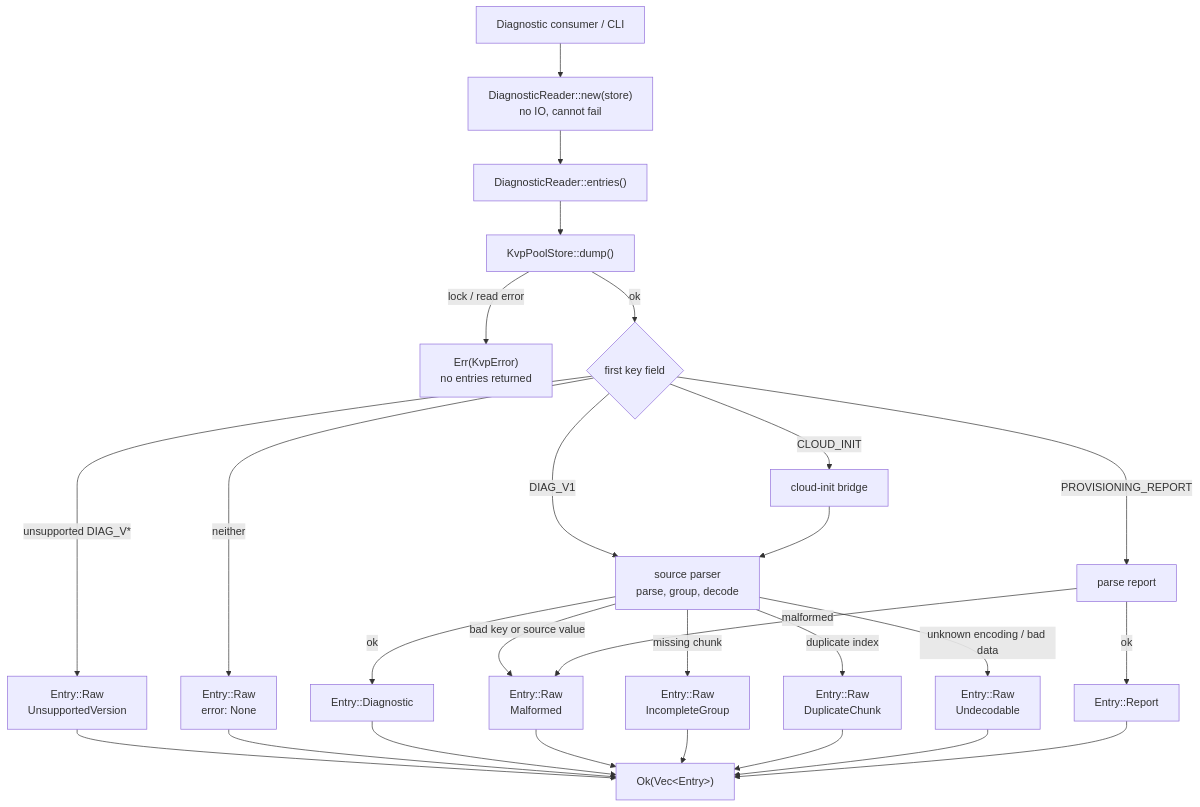
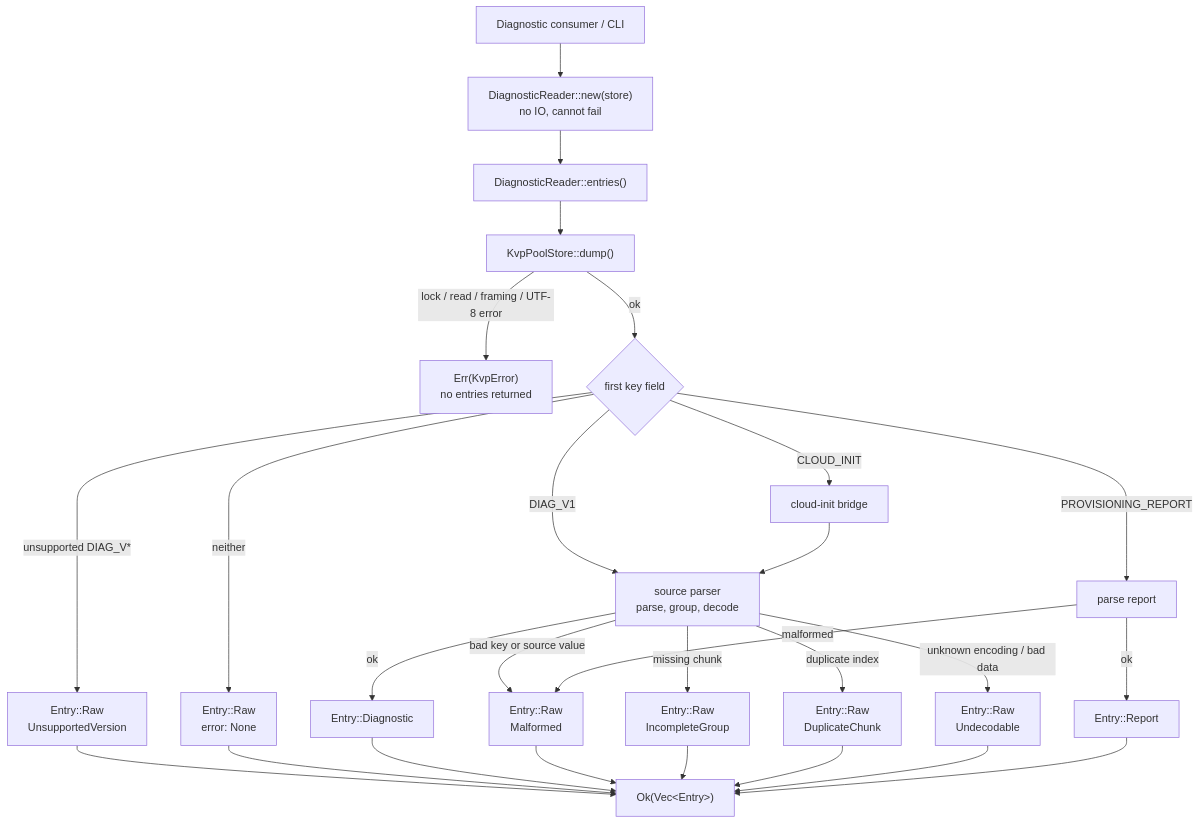
Before and after one commit to peytonr18/azure-init: the second of 2 diagrams in libazureinit-kvp/diagnostics-proposal.md, drawn with Mermaid. The commit also changed other lines of this file and 17 other files, not shown here.

````diff
--- a/libazureinit-kvp/diagnostics-proposal.md
+++ b/libazureinit-kvp/diagnostics-proposal.md
@@ -270,29 +278,29 @@
 ```mermaid
 flowchart TD
   client["Diagnostic consumer / CLI"] --> new["DiagnosticReader::new(store)<br/>no IO, cannot fail"]
   new --> entries["DiagnosticReader::entries()"]
   entries --> dump["KvpPoolStore::dump()"]
-  dump -->|"lock / read error"| readerr["Err(KvpError)<br/>no entries returned"]
+  dump -->|"lock / read / framing / UTF-8 error"| readerr["Err(KvpError)<br/>no entries returned"]
   dump -->|"ok"| cls{"first key field"}
   cls -->|"DIAG_V1"| dec["source parser<br/>parse, group, decode"]
   cls -->|"unsupported DIAG_V*"| rawver["Entry::Raw<br/>UnsupportedVersion"]
   cls -->|"CLOUD_INIT"| bridge["cloud-init bridge"]
   bridge --> dec
   cls -->|"PROVISIONING_REPORT"| rep["parse report"]
   cls -->|"neither"| raw["Entry::Raw<br/>error: None"]
   dec -->|"ok"| diag["Entry::Diagnostic"]
   dec -->|"bad key or source value"| malformed["Entry::Raw<br/>Malformed"]
   dec -->|"missing chunk"| incomplete["Entry::Raw<br/>IncompleteGroup"]
   dec -->|"duplicate index"| duplicate["Entry::Raw<br/>DuplicateChunk"]
   dec -->|"unknown encoding / bad data"| undecodable["Entry::Raw<br/>Undecodable"]
   rep -->|"ok"| repe["Entry::Report"]
   rep -->|"malformed"| malformed
   rawver --> out["Ok(Vec&lt;Entry&gt;)"]
   raw --> out
   diag --> out
   malformed --> out
   incomplete --> out
   duplicate --> out
   undecodable --> out
   repe --> out
 ```
````
